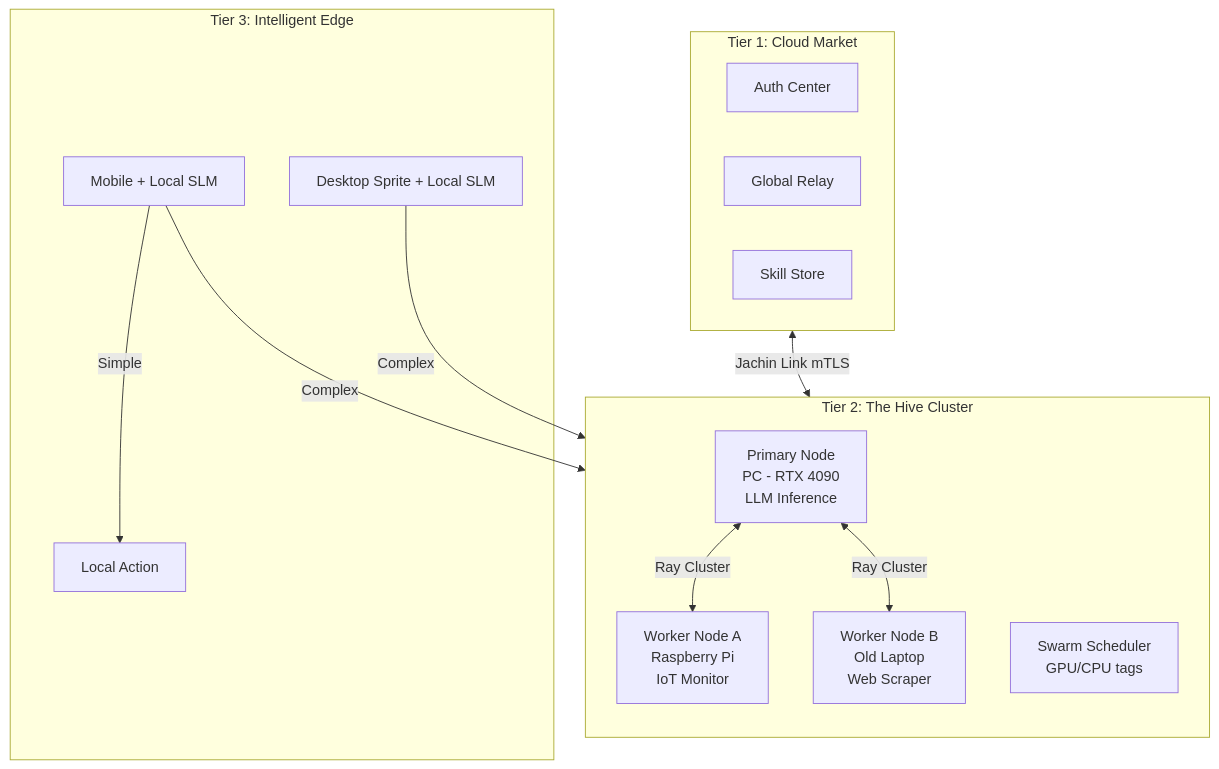
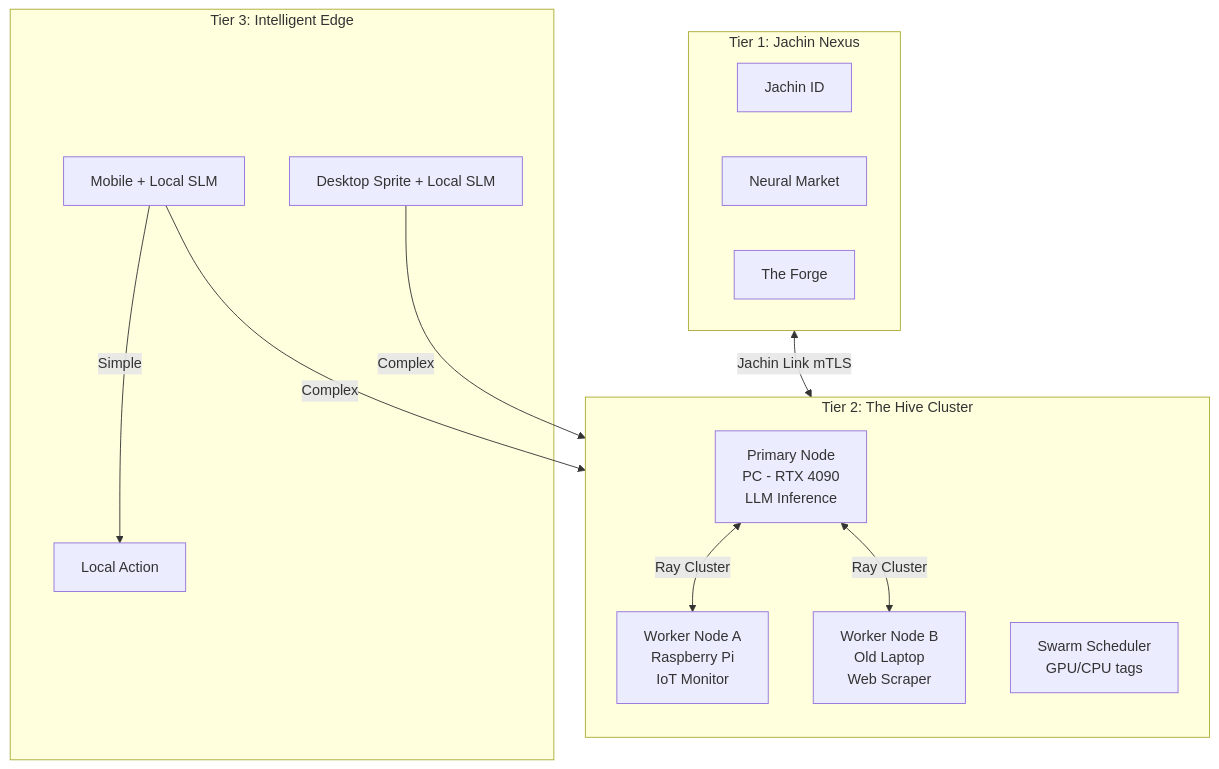
Before and after one commit to Samuel521199/jachin-system: the first of 2 diagrams in docs/whitepaper_v4.0_swarm.md, drawn with Mermaid. The commit also changed other lines of this file and 203 other files, not shown here.

````diff
--- a/docs/whitepaper_v4.0_swarm.md
+++ b/docs/whitepaper_v4.0_swarm.md
@@ -74,28 +88,28 @@
 ```mermaid
 graph TD
-    subgraph Tier1_Cloud [Tier 1: Cloud Market]
-        Auth[Auth Center]
-        Relay[Global Relay]
-        Market[Skill Store]
+    subgraph Tier1_Cloud [Tier 1: Jachin Nexus]
+        Auth[Jachin ID]
+        Market[Neural Market]
+        Forge[The Forge]
     end
 
     subgraph Tier2_Hive [Tier 2: The Hive Cluster]
         direction TB
         Master["Primary Node<br/>PC - RTX 4090<br/>LLM Inference"]
         Worker1["Worker Node A<br/>Raspberry Pi<br/>IoT Monitor"]
         Worker2["Worker Node B<br/>Old Laptop<br/>Web Scraper"]
         Master <-->|Ray Cluster| Worker1
         Master <-->|Ray Cluster| Worker2
         Scheduler[Swarm Scheduler<br/>GPU/CPU tags]
     end
 
     subgraph Tier3_Edge [Tier 3: Intelligent Edge]
         Phone[Mobile + Local SLM]
         Desktop[Desktop Sprite + Local SLM]
         Phone -- "Simple" --> PhoneAction[Local Action]
         Phone -- "Complex" --> Master
         Desktop -- "Complex" --> Master
     end
 
     Tier1_Cloud <-->|Jachin Link mTLS| Master
 ```
````
